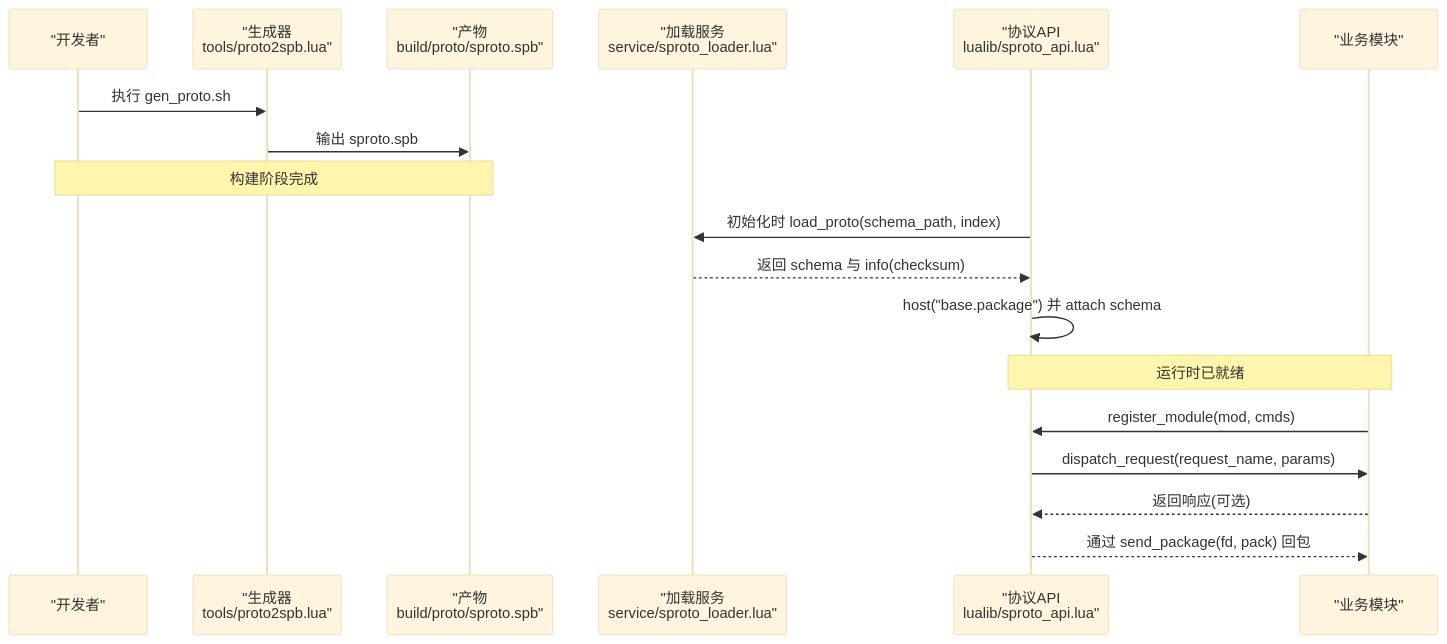
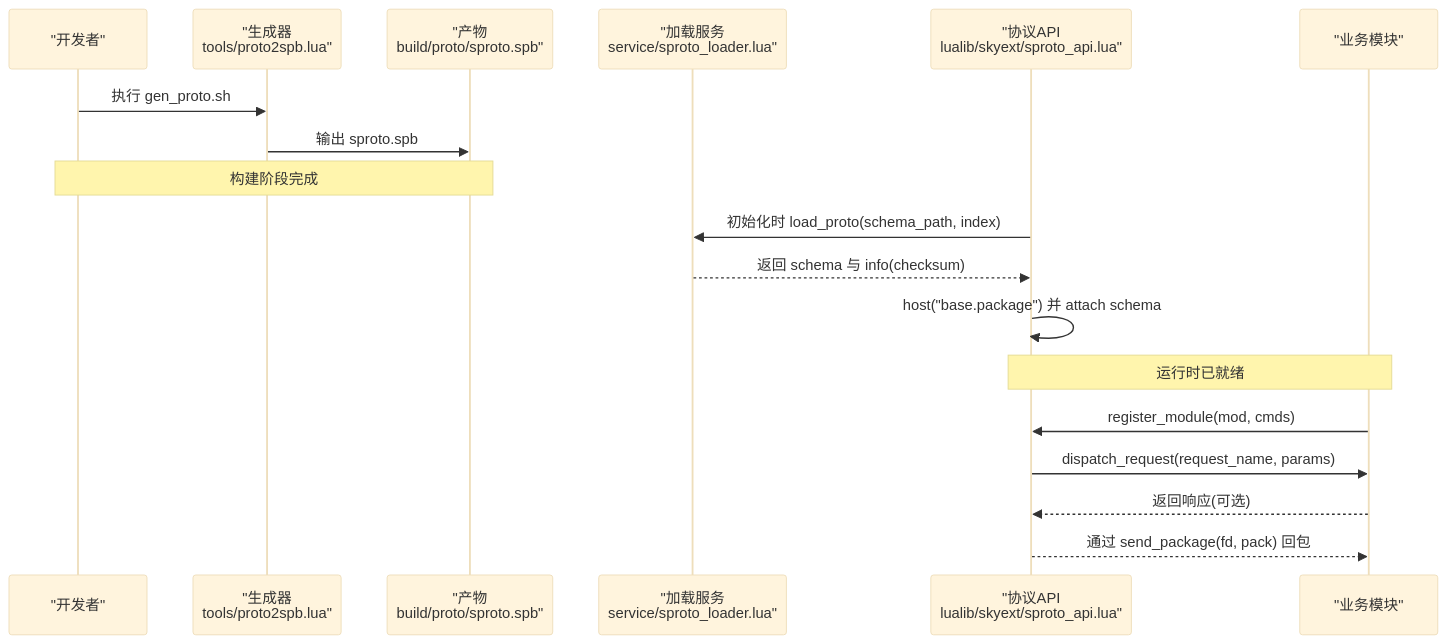
The second of 6 diagrams in docs/repowiki/zh/content/API 参考/二进制协议/协议开发指南.md (hanxi/skyext), drawn with Mermaid (base theme) before and after one commit. The commit also changed other lines of this file and 117 other files, not shown here.

````diff
--- a/docs/repowiki/zh/content/API 参考/二进制协议/协议开发指南.md
+++ b/docs/repowiki/zh/content/API 参考/二进制协议/协议开发指南.md
@@ -89,20 +89,20 @@
 ```mermaid
 sequenceDiagram
 participant Dev as "开发者"
 participant Gen as "生成器<br/>tools/proto2spb.lua"
 participant SPB as "产物<br/>build/proto/sproto.spb"
 participant Loader as "加载服务<br/>service/sproto_loader.lua"
-participant API as "协议API<br/>lualib/sproto_api.lua"
+participant API as "协议API<br/>lualib/skyext/sproto_api.lua"
 participant Biz as "业务模块"
 Dev->>Gen : 执行 gen_proto.sh
 Gen->>SPB : 输出 sproto.spb
 Note over Dev,SPB : 构建阶段完成
 API->>Loader : 初始化时 load_proto(schema_path, index)
 Loader-->>API : 返回 schema 与 info(checksum)
 API->>API : host("base.package") 并 attach schema
 Note over API,Biz : 运行时已就绪
 Biz->>API : register_module(mod, cmds)
 API->>Biz : dispatch_request(request_name, params)
 Biz-->>API : 返回响应(可选)
 API-->>Biz : 通过 send_package(fd, pack) 回包
 ```
````
